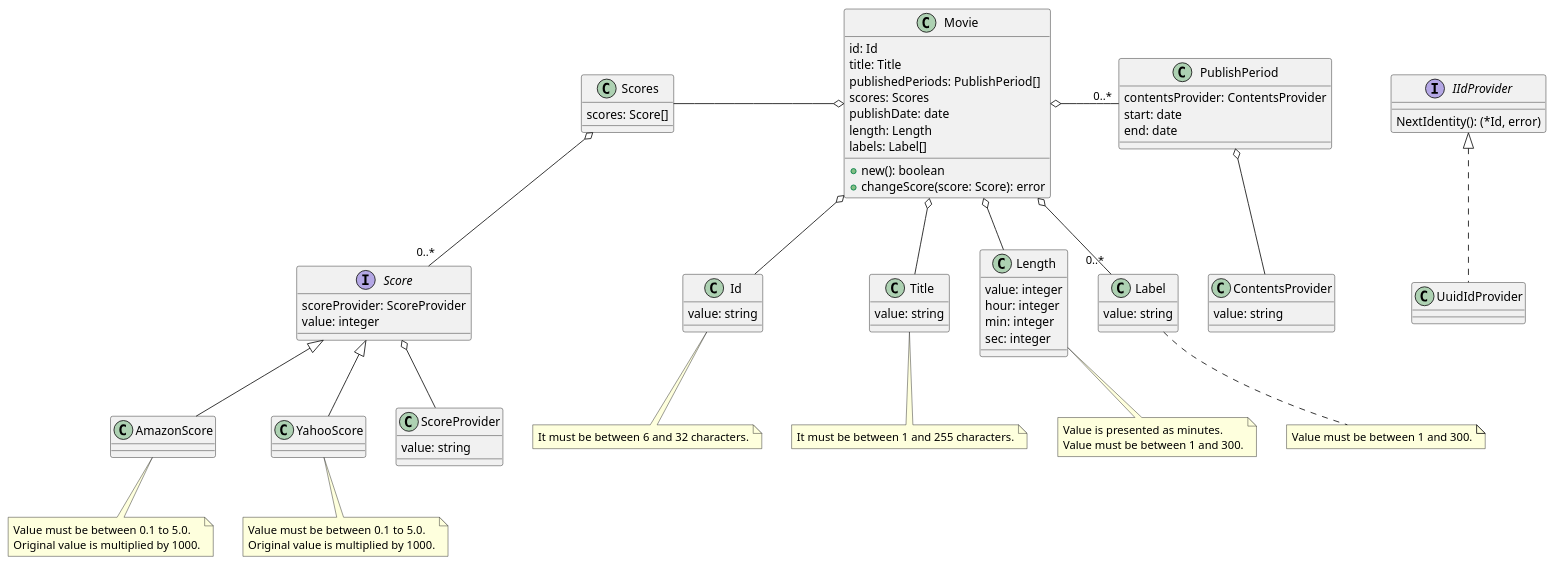
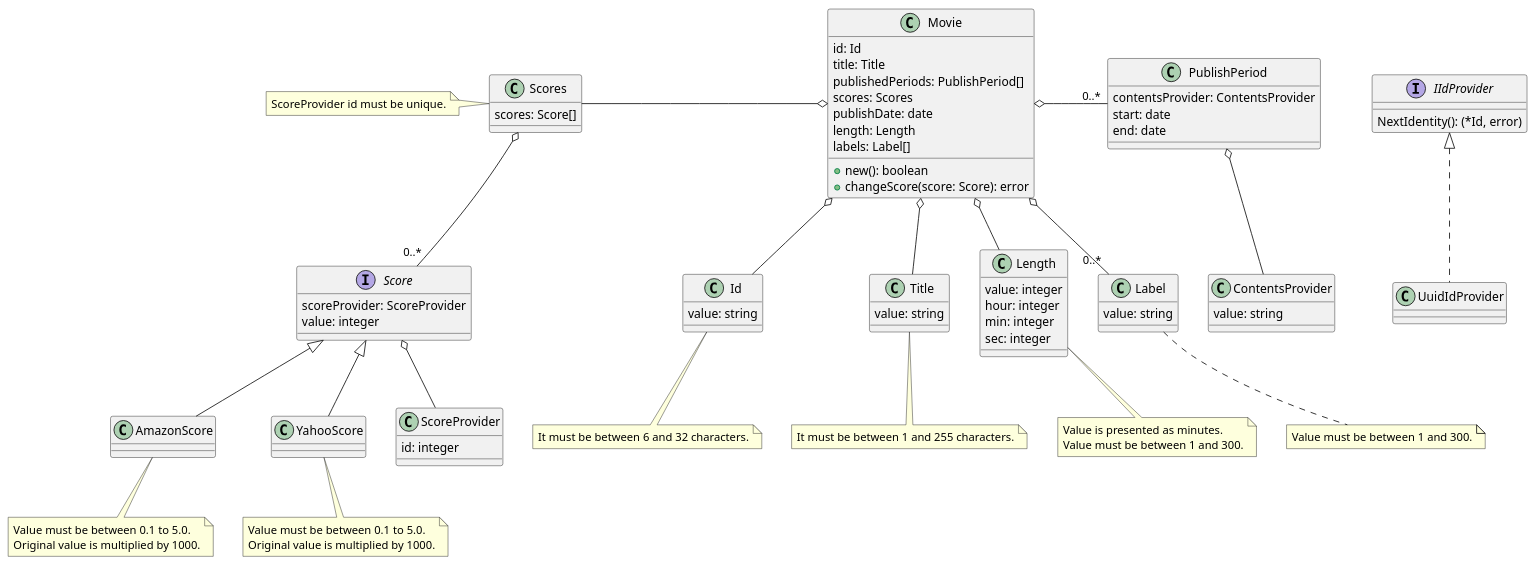
Before and after one commit to makocchi-git/ddd-guys: the diagram in doc/movie.pu, drawn with PlantUML. The commit also changed 2 other files, not shown here.

```diff
--- a/doc/movie.pu
+++ b/doc/movie.pu
@@ -1,111 +1,115 @@
 @startuml
 
 class Movie {
     id: Id
     title: Title
     publishedPeriods: PublishPeriod[]
     scores: Scores
     publishDate: date
     length: Length
     labels: Label[]
 
     +new(): boolean
     +changeScore(score: Score): error
 }
 
 class Scores {
     scores: Score[]
 }
+
+note left of Scores
+    ScoreProvider id must be unique.
+end note
 
 class Id {
     value: string
 }
 
 note bottom of Id
     It must be between 6 and 32 characters.
 end note
 
 class Title {
     value: string
 }
 
 note bottom of Title
     It must be between 1 and 255 characters.
 end note
 
 class Length {
     value: integer
     hour: integer
     min: integer
     sec: integer
 }
 
 note bottom of Length
     Value is presented as minutes.
     Value must be between 1 and 300.
 end note
 
 class Label {
     value: string
 }
 
 note bottom of Label
     Value must be between 1 and 300.
 end note
 
 class PublishPeriod {
     contentsProvider: ContentsProvider
     start: date
     end: date
 }
 
 class ContentsProvider {
     value: string
 }
 
 interface Score {
     scoreProvider: ScoreProvider
     value: integer
 }
 
 class AmazonScore {
 }
 
 note bottom of AmazonScore
     Value must be between 0.1 to 5.0.
     Original value is multiplied by 1000.
 end note
 
 class YahooScore {
 }
 
 note bottom of YahooScore
     Value must be between 0.1 to 5.0.
     Original value is multiplied by 1000.
 end note
 
 class ScoreProvider {
-    value: string
+    id: integer
 }
 
 interface IIdProvider {
     NextIdentity(): (*Id, error)
 }
 
 class UuidIdProvider {
 }
 
 Movie o-- Id
 Movie o-- Title
 Movie o-- Length
 Movie o-right- "0..*" PublishPeriod
 Movie o-- "0..*" Label
 Movie o-left- Scores
 Scores o-- "0..*" Score
 Score o-- ScoreProvider
 Score <|-- AmazonScore
 Score <|-- YahooScore
 PublishPeriod o-- ContentsProvider
 IIdProvider <|.. UuidIdProvider
 
 @enduml
```
